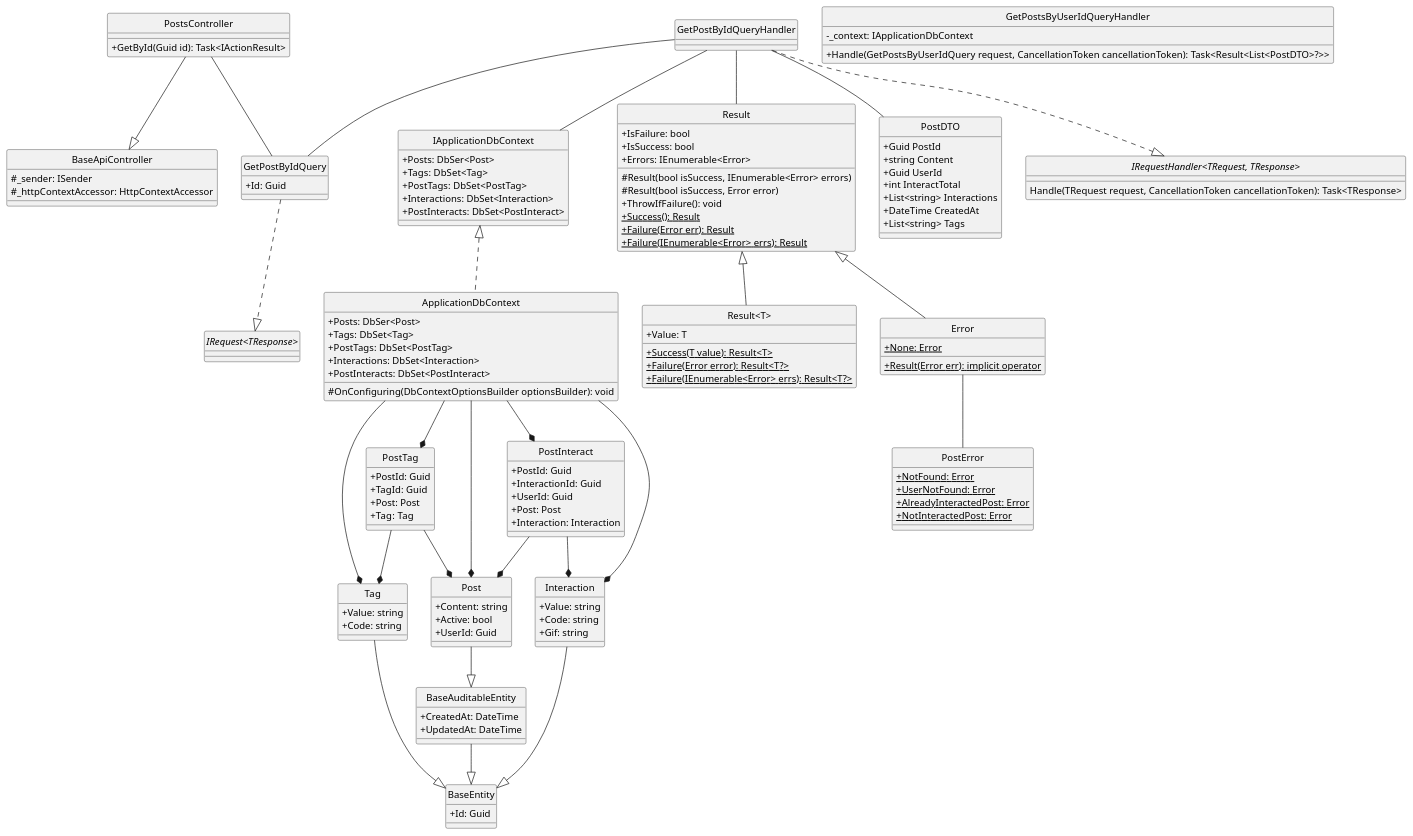
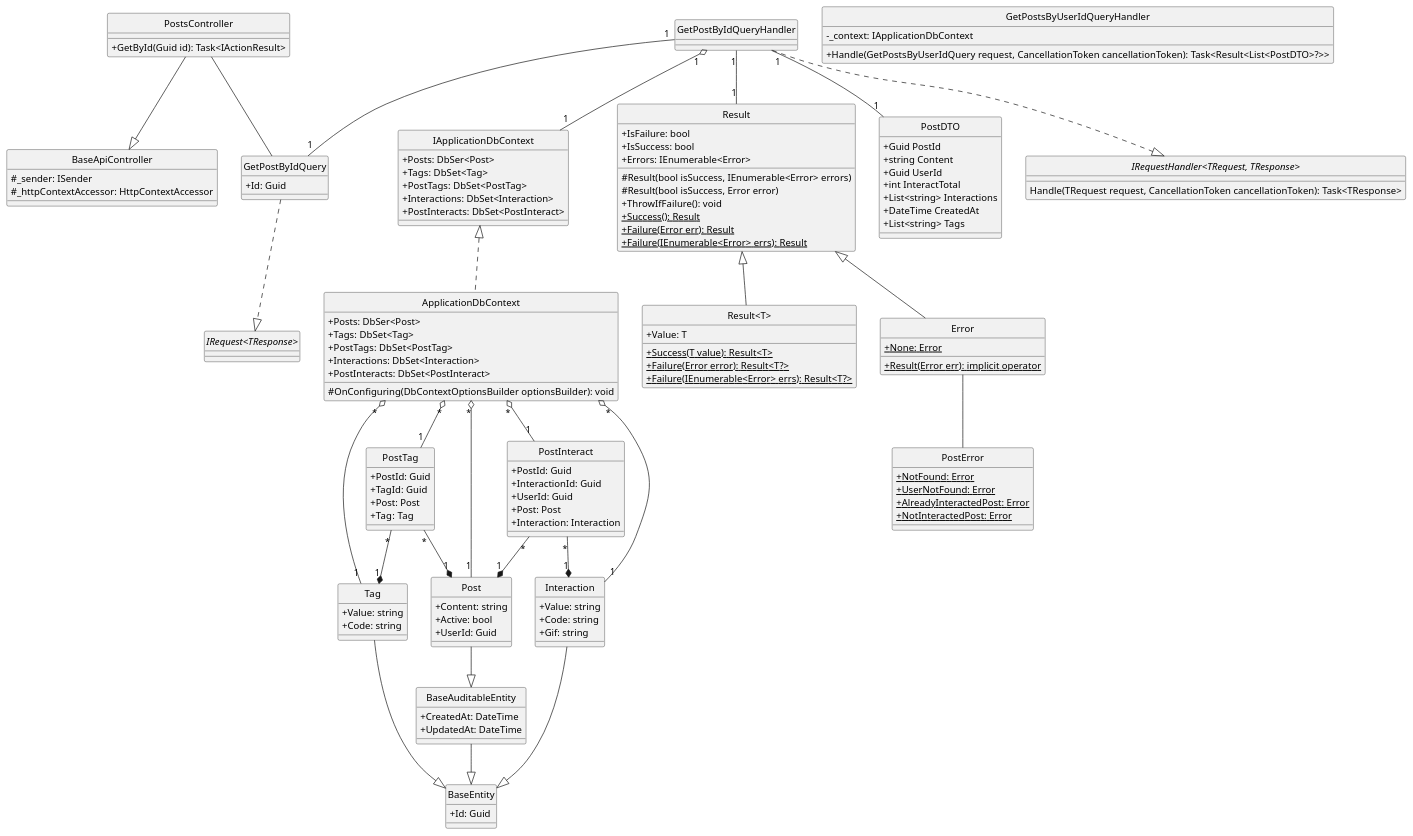
One commit to Carl-Johnsons/Chat-Application changed the diagram in docs/Class Diagram/Post/Post/GetPostById/ClassDiagram.plantuml. Above: the diagram before and after it, drawn with PlantUML. The commit also changed 21 other files, not shown here.

```diff
--- a/docs/Class Diagram/Post/Post/GetPostById/ClassDiagram.plantuml
+++ b/docs/Class Diagram/Post/Post/GetPostById/ClassDiagram.plantuml
@@ -1,157 +1,157 @@
 @startuml getPostById
 hide circle
 skinparam classAttributeIconSize 0
 
 class BaseApiController {
     #_sender: ISender
     #_httpContextAccessor: HttpContextAccessor
 }
 
 class PostsController {
     +GetById(Guid id): Task<IActionResult>
 }
 
 class GetPostByIdQuery {
     +Id: Guid
 }
 
 class GetPostsByUserIdQueryHandler {
     -_context: IApplicationDbContext
     +Handle(GetPostsByUserIdQuery request, CancellationToken cancellationToken): Task<Result<List<PostDTO>?>>
 }
 
 class IApplicationDbContext {
     +Posts: DbSer<Post>
     +Tags: DbSet<Tag>
     +PostTags: DbSet<PostTag> 
     +Interactions: DbSet<Interaction> 
     +PostInteracts: DbSet<PostInteract>
 }
 
 class ApplicationDbContext {
     +Posts: DbSer<Post>
     +Tags: DbSet<Tag>
     +PostTags: DbSet<PostTag> 
     +Interactions: DbSet<Interaction> 
     +PostInteracts: DbSet<PostInteract>
     #OnConfiguring(DbContextOptionsBuilder optionsBuilder): void
 }
 
 class Result {
     +IsFailure: bool
     +IsSuccess: bool
     +Errors: IEnumerable<Error>
     #Result(bool isSuccess, IEnumerable<Error> errors)
     #Result(bool isSuccess, Error error)
     +ThrowIfFailure(): void
     +{static} Success(): Result
     +{static} Failure(Error err): Result
     +{static} Failure(IEnumerable<Error> errs): Result
 }
 
 class "Result<T>" {
     +Value: T
     +{static} Success(T value): Result<T>
     +{static} Failure(Error error): Result<T?>
     +{static} Failure(IEnumerable<Error> errs): Result<T?>
 }
 
 class Error {
     +{static} None: Error 
     +{static} Result(Error err): implicit operator
 }
 
 class PostError {
     +{static} NotFound: Error
     +{static} UserNotFound: Error
     +{static} AlreadyInteractedPost: Error
     +{static} NotInteractedPost: Error
 }
 
 class PostDTO {
     +Guid PostId
     +string Content
     +Guid UserId
     +int InteractTotal 
     +List<string> Interactions
     +DateTime CreatedAt
     +List<string> Tags
 }
 
 class BaseEntity {
     +Id: Guid
 }
 
 class BaseAuditableEntity{
     +CreatedAt: DateTime
     +UpdatedAt: DateTime
 }
 
 class Tag {
     +Value: string
     +Code: string
 }
 
 class Post {
     +Content: string
     +Active: bool
     +UserId: Guid
 }
 
 class PostTag {
     +PostId: Guid
     +TagId: Guid
     +Post: Post
     +Tag: Tag
 }
 
 class Interaction {
     +Value: string
     +Code: string
     +Gif: string
 }
 
 class PostInteract {
     +PostId: Guid
     +InteractionId: Guid
     +UserId: Guid
     +Post: Post
     +Interaction: Interaction
 }
 
 interface "IRequest<TResponse>"
 interface "IRequestHandler<TRequest, TResponse>"{
     Handle(TRequest request, CancellationToken cancellationToken): Task<TResponse>
 }
 
 '==== Get Post By User Id====
 'API Layer
 PostsController --|> BaseApiController
 PostsController -- GetPostByIdQuery
 'Application Layer
 GetPostByIdQuery ..|> "IRequest<TResponse>"
 GetPostByIdQueryHandler ..|> "IRequestHandler<TRequest, TResponse>"
-GetPostByIdQueryHandler -- GetPostByIdQuery
-GetPostByIdQueryHandler -- Result
-GetPostByIdQueryHandler -- IApplicationDbContext
-GetPostByIdQueryHandler -- PostDTO
+GetPostByIdQueryHandler "1"--"1" GetPostByIdQuery
+GetPostByIdQueryHandler "1"--"1" Result
+GetPostByIdQueryHandler "1" o--"1" IApplicationDbContext
+GetPostByIdQueryHandler "1"--"1" PostDTO
 'Domain Layer
 Result <|-- Error
 Result <|-- "Result<T>"
 Error -- PostError
 Tag --|> BaseEntity
 Interaction --|> BaseEntity
 Post --|> BaseAuditableEntity
 BaseAuditableEntity --|> BaseEntity
-PostTag --* Post
-PostTag --* Tag
-PostInteract --* Post
-PostInteract --* Interaction
+PostTag "*"--*"1" Post
+PostTag "*"--*"1" Tag
+PostInteract "*"--*"1" Post
+PostInteract "*"--*"1" Interaction
 'Infrastructure Layer
 IApplicationDbContext <|.. ApplicationDbContext
-ApplicationDbContext --* Tag
-ApplicationDbContext --* Post
-ApplicationDbContext --* PostTag
-ApplicationDbContext --* Interaction
-ApplicationDbContext --* PostInteract
+ApplicationDbContext "*" o--"1" Tag
+ApplicationDbContext "*" o--"1" Post
+ApplicationDbContext "*" o--"1" PostTag
+ApplicationDbContext "*" o--"1" Interaction
+ApplicationDbContext "*" o--"1" PostInteract
 @enduml
```
